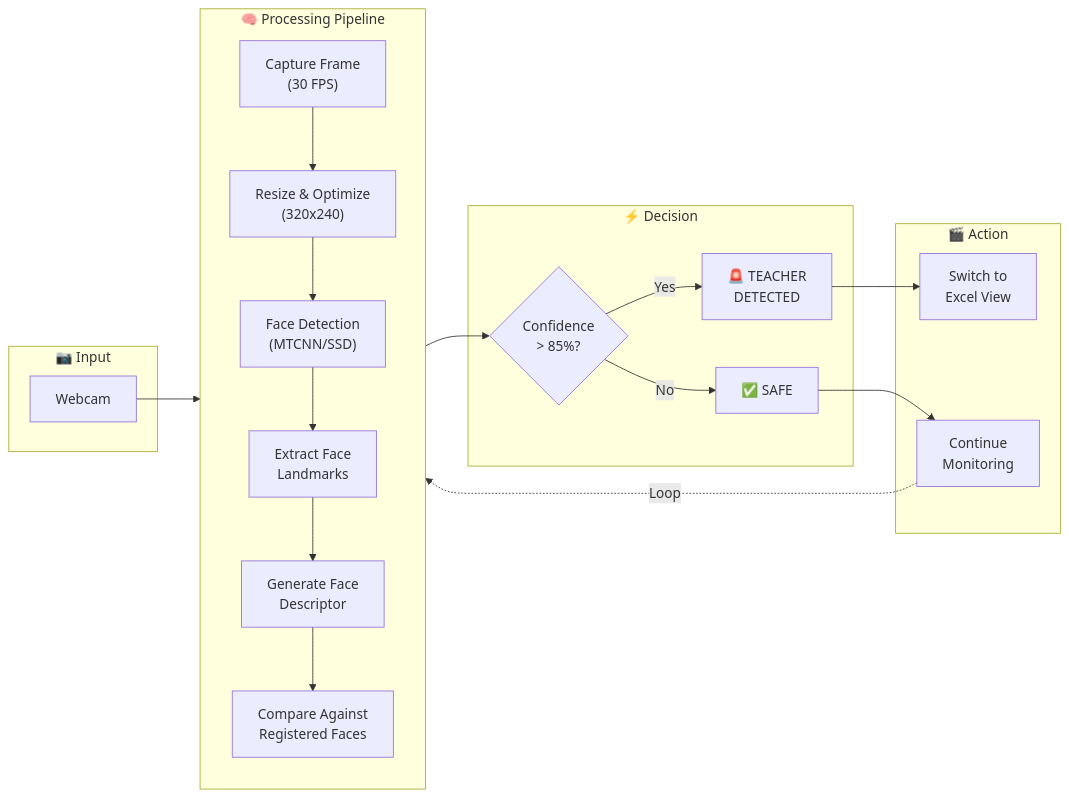
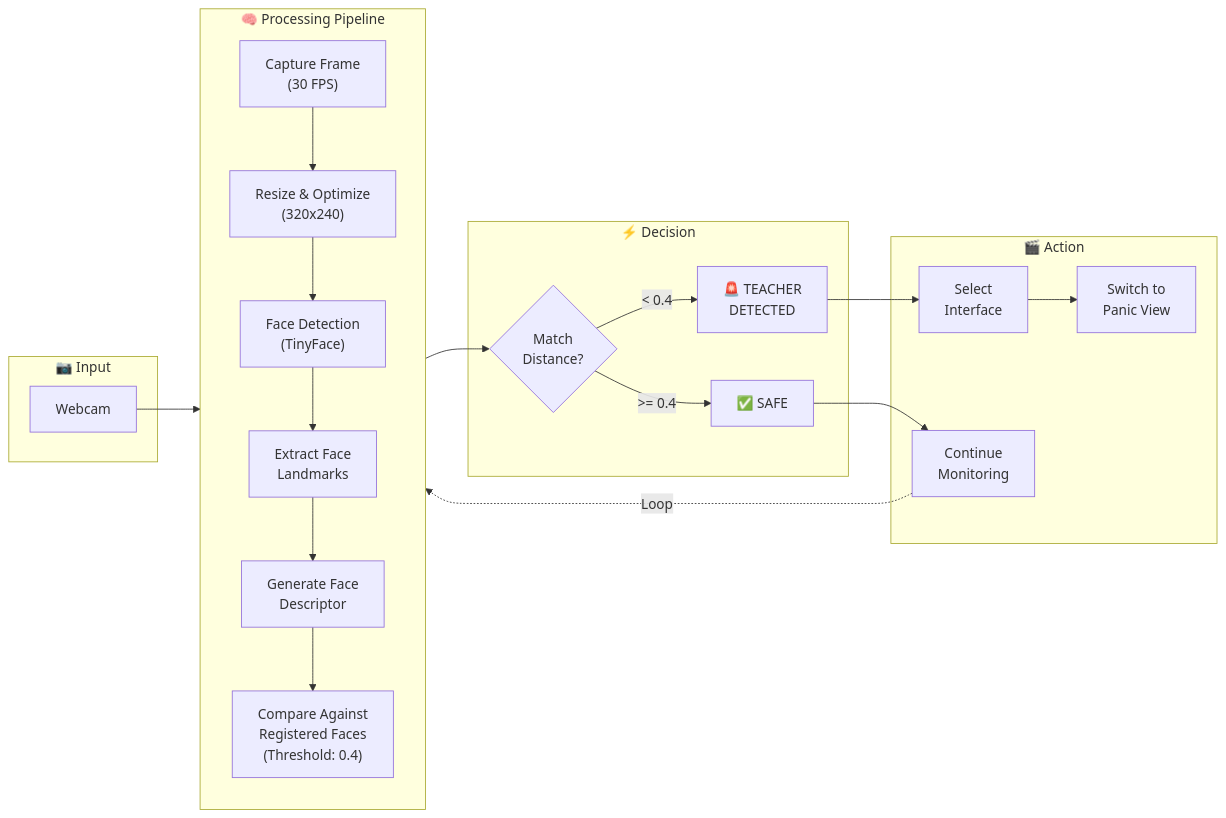
Before and after one commit to Ducksss/panic-at-the-classroom: the second of 7 diagrams in ARCHITECTURE.md, drawn with Mermaid. The commit also changed other lines of this file and 1 other file, not shown here.

Commit message:
feat: updated architecture diagram

````diff
--- a/ARCHITECTURE.md
+++ b/ARCHITECTURE.md
@@ -56,33 +63,34 @@
 ```mermaid
 flowchart LR
     subgraph Input["📷 Input"]
         Webcam["Webcam"]
     end
     
     subgraph Processing["🧠 Processing Pipeline"]
         direction TB
         Frame["Capture Frame<br/>(30 FPS)"]
         Resize["Resize & Optimize<br/>(320x240)"]
-        Detect["Face Detection<br/>(MTCNN/SSD)"]
+        Detect["Face Detection<br/>(TinyFace)"]
         Extract["Extract Face<br/>Landmarks"]
         Encode["Generate Face<br/>Descriptor"]
-        Compare["Compare Against<br/>Registered Faces"]
+        Compare["Compare Against<br/>Registered Faces<br/>(Threshold: 0.4)"]
     end
     
     subgraph Decision["⚡ Decision"]
-        Threshold{"Confidence<br/>> 85%?"}
+        Threshold{"Match<br/>Distance?"}
         Teacher["🚨 TEACHER<br/>DETECTED"]
         Safe["✅ SAFE"]
     end
     
     subgraph Action["🎬 Action"]
-        Switch["Switch to<br/>Excel View"]
+        SelectView["Select<br/>Interface"]
+        Switch["Switch to<br/>Panic View"]
         Continue["Continue<br/>Monitoring"]
     end
     
     Webcam --> Frame --> Resize --> Detect --> Extract --> Encode --> Compare
     Compare --> Threshold
-    Threshold -->|Yes| Teacher --> Switch
-    Threshold -->|No| Safe --> Continue
+    Threshold -->|< 0.4| Teacher --> SelectView --> Switch
+    Threshold -->|>= 0.4| Safe --> Continue
     Continue -.->|Loop| Frame
 ```
````
